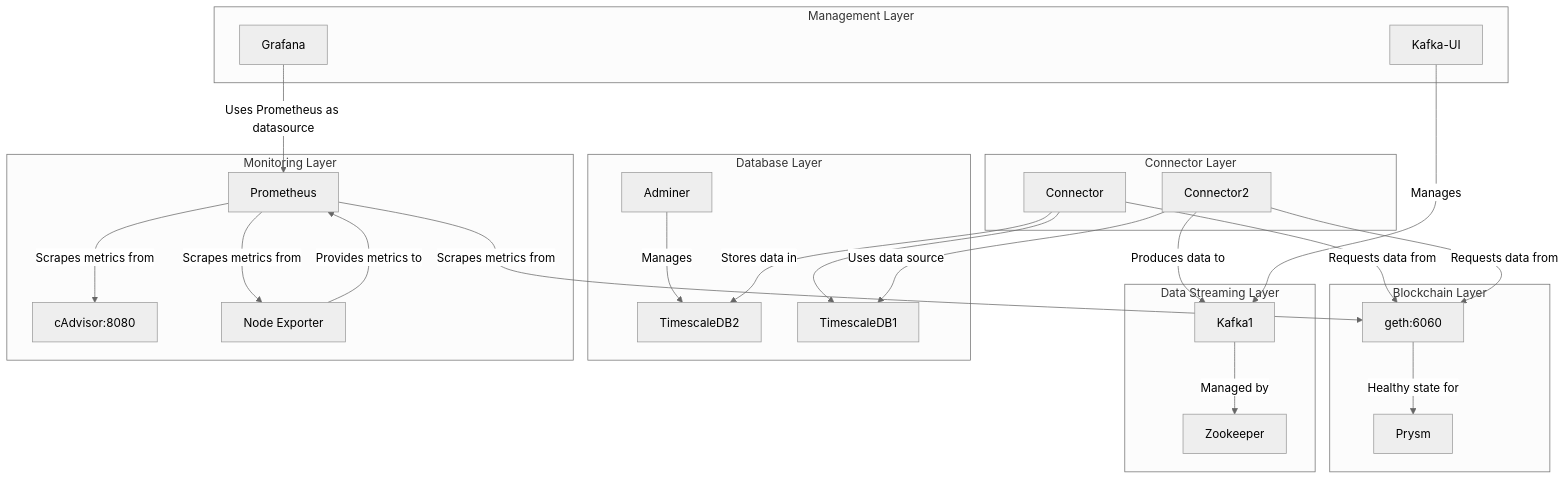
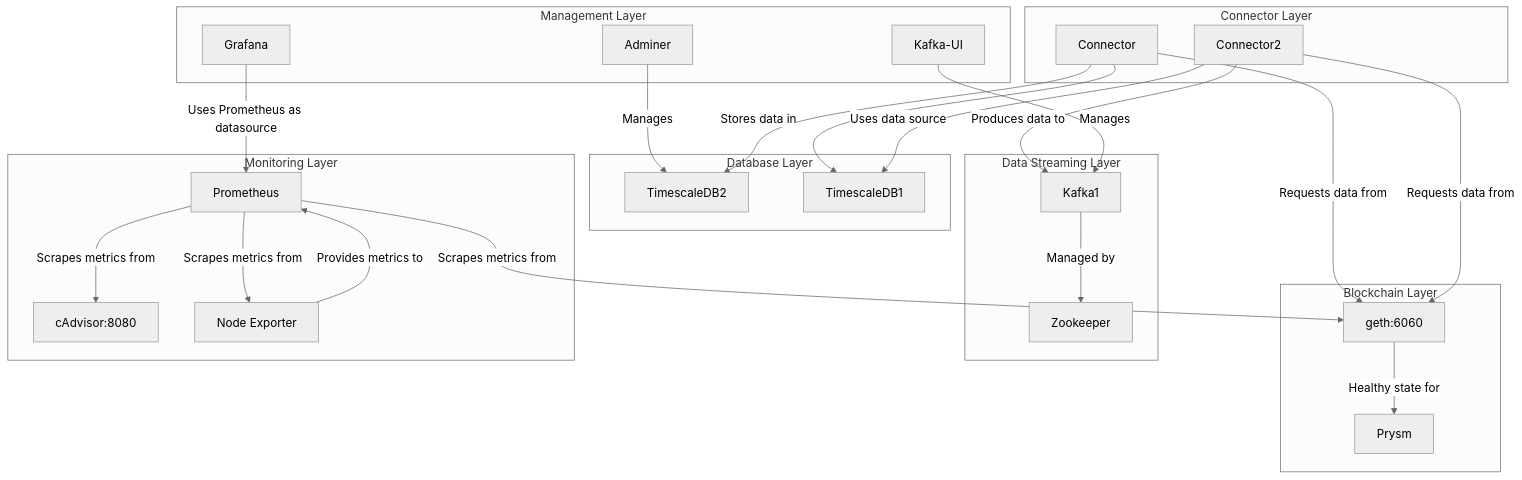
Before and after one commit to Milimas/blockblock: the diagram in README.md, drawn with Mermaid (neutral theme). The commit also changed other lines of this file, not shown here.

Commit message:
Update Architecture Diagram

````diff
--- a/README.md
+++ b/README.md
@@ -5,50 +5,50 @@
 ```mermaid
 graph TD;
     J[Adminer] -->|Manages| G[TimescaleDB2];
     H[Connector] -->|Stores data in| G[TimescaleDB2];
     H --> F[TimescaleDB1];
     I[Connector2] -->|Uses data source| F[TimescaleDB1];
     A[geth] -->|Healthy state for| B[Prysm];
     C[Kafka1] -->|Managed by| D[Zookeeper];
     H[Connector] -->|Requests data from| A[geth];
     I[Connector2] -->|Produces data to| C[Kafka1];
     I[Connector2] -->|Requests data from| A[geth];
     K[Kafka-UI] -->|Manages| C[Kafka1];
     L[Prometheus] -->|Scrapes metrics from| A[geth:6060];
     L[Prometheus] -->|Scrapes metrics from| M[cAdvisor:8080];
     L[Prometheus] -->|Scrapes metrics from| N[Node Exporter:9100];
     N[Node Exporter] -->|Provides metrics to| L[Prometheus];
     O[Grafana] -->|Uses Prometheus as datasource| L[Prometheus];
 
     subgraph Blockchain Layer
       A
       B
     end
 
     subgraph Data Streaming Layer
       C
       D
     end
 
     subgraph Database Layer
       F
       G
-      J
     end
 
     subgraph Connector Layer
       H
       I
     end
 
     subgraph Monitoring Layer
       L
       M
       N
     end
 
     subgraph Management Layer
       K
       O
+      J
     end
 ```
````
